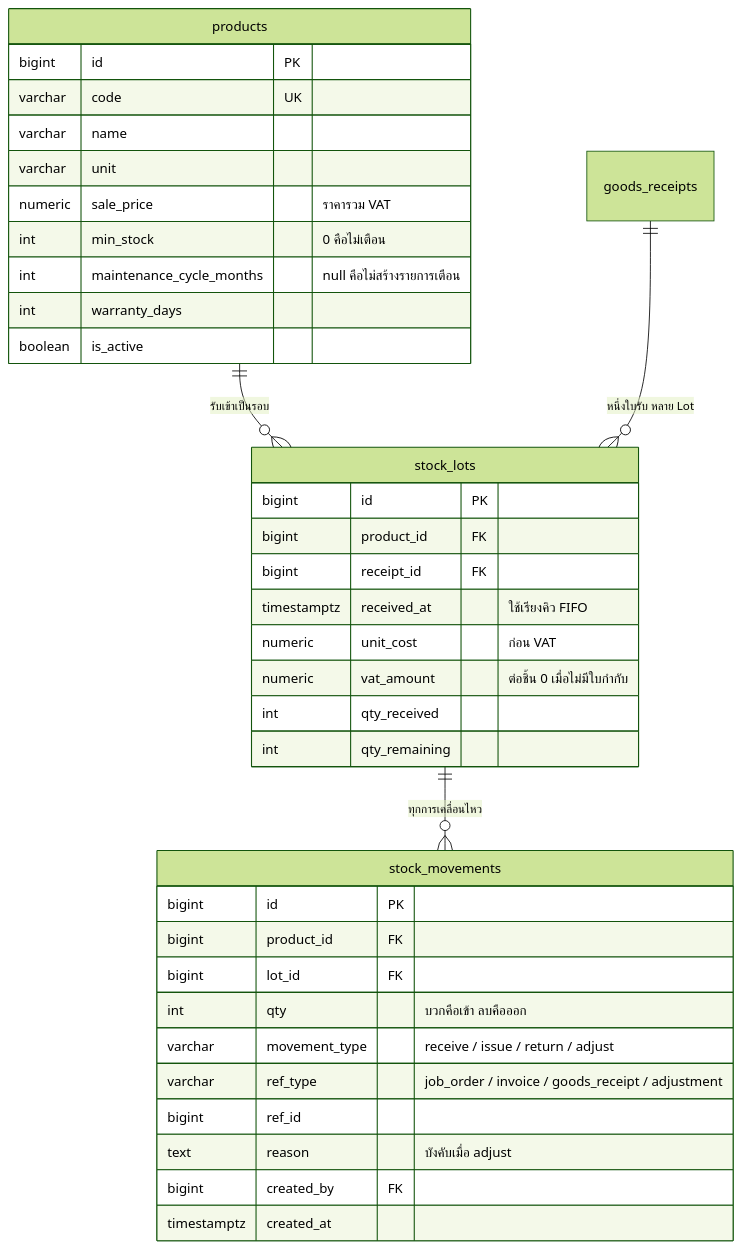
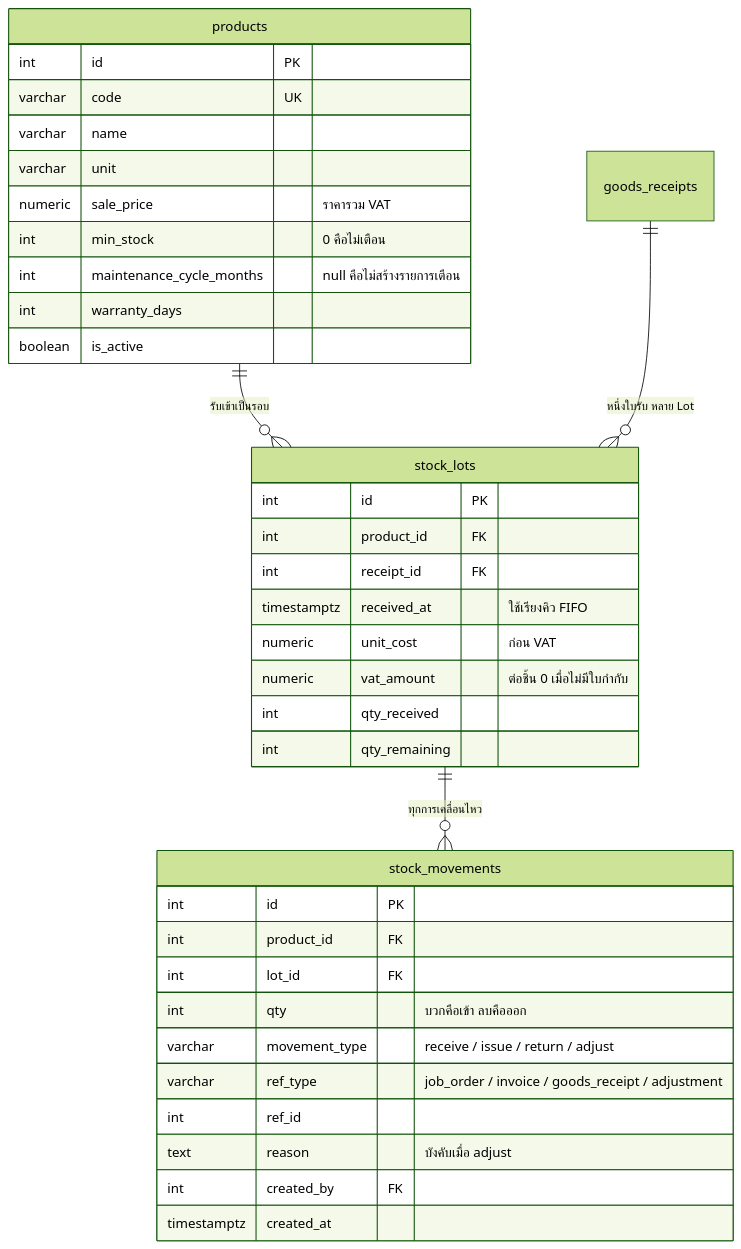
Before and after one commit to kaewjamsai0193/Garage_Final_Project: the fourth of 8 diagrams in data_model.md, drawn with Mermaid (forest theme). The commit also changed other lines of this file and 3 other files, not shown here.

````diff
--- a/data_model.md
+++ b/data_model.md
@@ -94,42 +94,42 @@
 ```mermaid
 erDiagram
     products ||--o{ stock_lots : "รับเข้าเป็นรอบ"
     stock_lots ||--o{ stock_movements : "ทุกการเคลื่อนไหว"
     goods_receipts ||--o{ stock_lots : "หนึ่งใบรับ หลาย Lot"
 
     products {
-        bigint id PK
+        int id PK
         varchar code UK
         varchar name
         varchar unit
         numeric sale_price "ราคารวม VAT"
         int min_stock "0 คือไม่เตือน"
         int maintenance_cycle_months "null คือไม่สร้างรายการเตือน"
         int warranty_days
         boolean is_active
     }
 
     stock_lots {
-        bigint id PK
-        bigint product_id FK
-        bigint receipt_id FK
+        int id PK
+        int product_id FK
+        int receipt_id FK
         timestamptz received_at "ใช้เรียงคิว FIFO"
         numeric unit_cost "ก่อน VAT"
         numeric vat_amount "ต่อชิ้น 0 เมื่อไม่มีใบกำกับ"
         int qty_received
         int qty_remaining
     }
 
     stock_movements {
-        bigint id PK
-        bigint product_id FK
-        bigint lot_id FK
+        int id PK
+        int product_id FK
+        int lot_id FK
         int qty "บวกคือเข้า ลบคือออก"
         varchar movement_type "receive / issue / return / adjust"
         varchar ref_type "job_order / invoice / goods_receipt / adjustment"
-        bigint ref_id
+        int ref_id
         text reason "บังคับเมื่อ adjust"
-        bigint created_by FK
+        int created_by FK
         timestamptz created_at
     }
 ```
````
